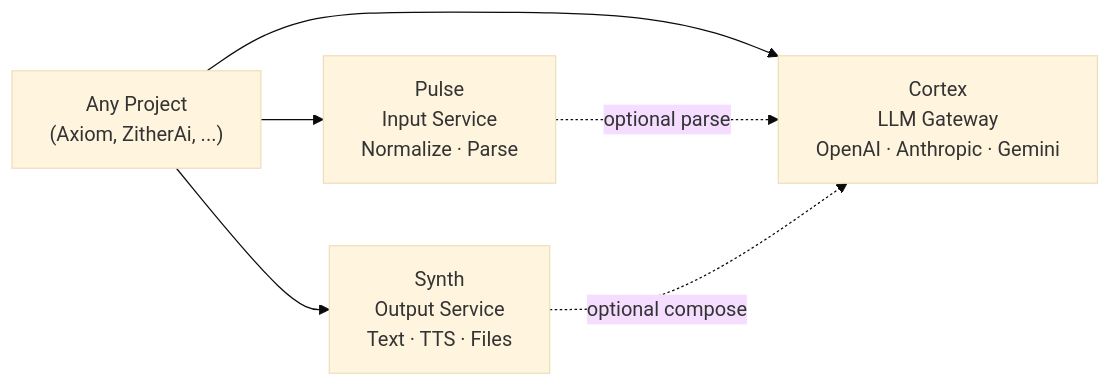
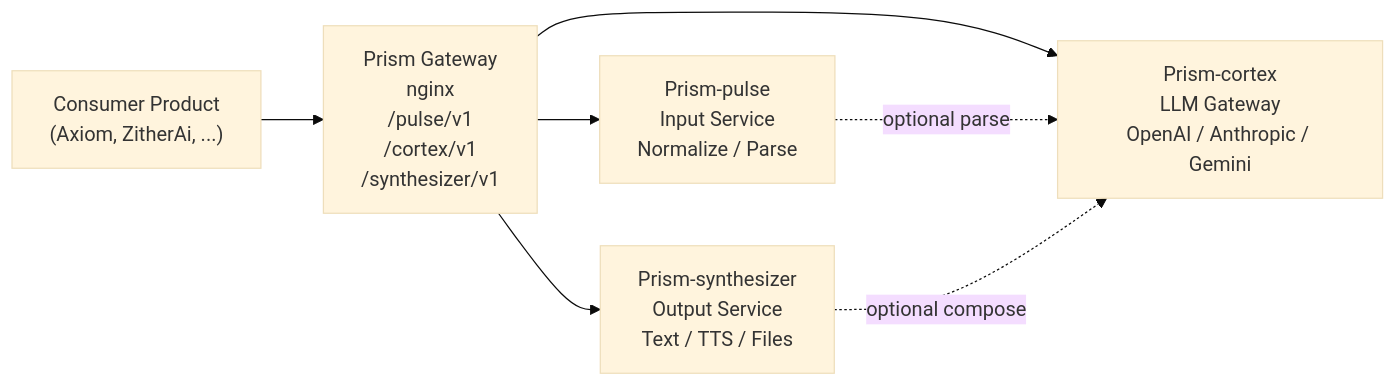
One commit to vsinghal3737/vsinghal3737 changed the first of 3 diagrams in README.md. Above: the diagram before and after it, drawn with Mermaid (base theme). The commit also changed other lines of this file, not shown here.

Commit message:
Update profile README for Prism gateway repos

````diff
--- a/README.md
+++ b/README.md
@@ -17,9 +17,15 @@
 ```mermaid
 flowchart LR
-    Client["Any Project<br/>(Axiom, ZitherAi, ...)"]
-    Client --> Pulse["Pulse<br/>Input Service<br/>Normalize · Parse"]
-    Client --> Cortex["Cortex<br/>LLM Gateway<br/>OpenAI · Anthropic · Gemini"]
-    Client --> Synth["Synth<br/>Output Service<br/>Text · TTS · Files"]
+    Client["Consumer Product<br/>(Axiom, ZitherAi, ...)"]
+    Gateway["Prism Gateway<br/>nginx<br/>/pulse/v1<br/>/cortex/v1<br/>/synthesizer/v1"]
+    Pulse["Prism-pulse<br/>Input Service<br/>Normalize / Parse"]
+    Cortex["Prism-cortex<br/>LLM Gateway<br/>OpenAI / Anthropic / Gemini"]
+    Synthesizer["Prism-synthesizer<br/>Output Service<br/>Text / TTS / Files"]
+
+    Client --> Gateway
+    Gateway --> Pulse
+    Gateway --> Cortex
+    Gateway --> Synthesizer
     Pulse -. optional parse .-> Cortex
-    Synth -. optional compose .-> Cortex
+    Synthesizer -. optional compose .-> Cortex
 ```
````
